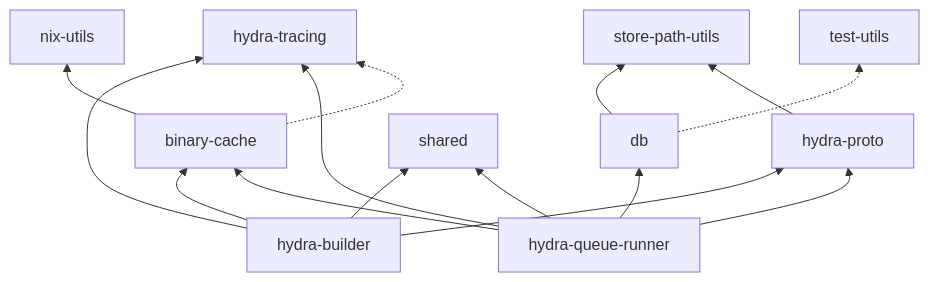
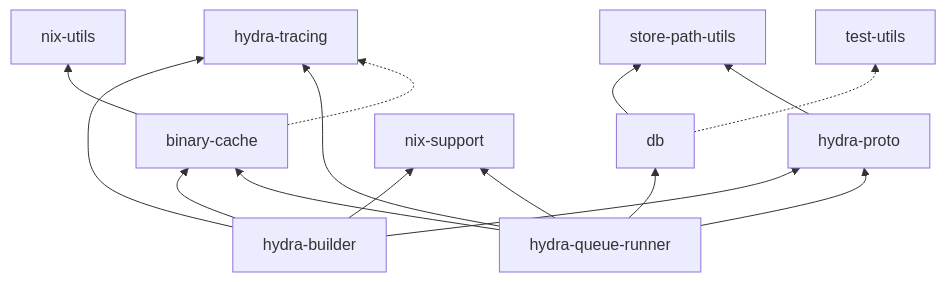
Before and after one commit to NixOS/hydra: the diagram in subprojects/hydra-manual/src/architecture.md, drawn with Mermaid. The commit also changed other lines of this file and 8 other files, not shown here.

First line of the commit message:
Rename `shared` crate to `nix-support`

````diff
--- a/subprojects/hydra-manual/src/architecture.md
+++ b/subprojects/hydra-manual/src/architecture.md
@@ -62,17 +62,17 @@
 ```mermaid
 graph BT
     binary-cache --> nix-utils
     db --> store-path-utils
     hydra-proto --> store-path-utils
     hydra-builder --> binary-cache
     hydra-builder --> hydra-proto
     hydra-builder --> hydra-tracing
-    hydra-builder --> shared
+    hydra-builder --> nix-support
     hydra-queue-runner --> binary-cache
     hydra-queue-runner --> db
     hydra-queue-runner --> hydra-proto
     hydra-queue-runner --> hydra-tracing
-    hydra-queue-runner --> shared
+    hydra-queue-runner --> nix-support
     binary-cache -.-> hydra-tracing
     db -.-> test-utils
 ```
````
